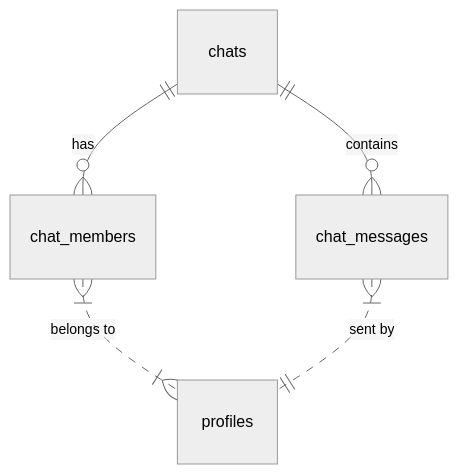
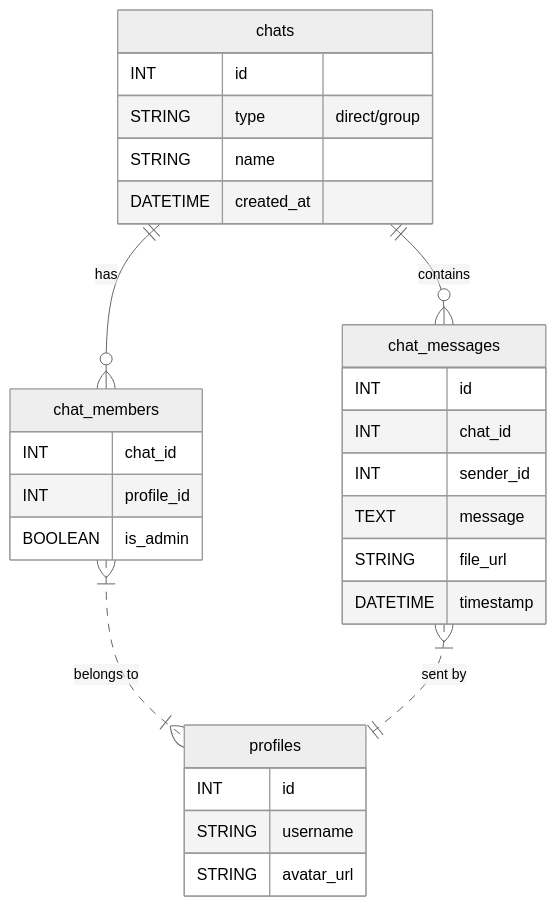
Diagram 54 of 57 in docs/SYSTEM_DESIGN.md (HackyCoder0951/focus_hub), drawn with Mermaid (neutral theme) before and after one commit. The commit also changed other lines of this file and 2 other files, not shown here.

````diff
--- a/docs/SYSTEM_DESIGN.md
+++ b/docs/SYSTEM_DESIGN.md
@@ -849,19 +1043,31 @@
 ```mermaid
 erDiagram
   profiles {
-
+    INT id
+    STRING username
+    STRING avatar_url
   }
   chats {
-
+    INT id
+    STRING type "direct/group"
+    STRING name
+    DATETIME created_at
   }
   chat_members {
-
+    INT chat_id
+    INT profile_id
+    BOOLEAN is_admin
   }
   chat_messages {
-
+    INT id
+    INT chat_id
+    INT sender_id
+    TEXT message
+    STRING file_url
+    DATETIME timestamp
   }
   chats ||--o{ chat_members : "has"
   chats ||--o{ chat_messages : "contains"
   chat_members }|..|{ profiles : "belongs to"
   chat_messages }|..|| profiles : "sent by"
 ```
````
